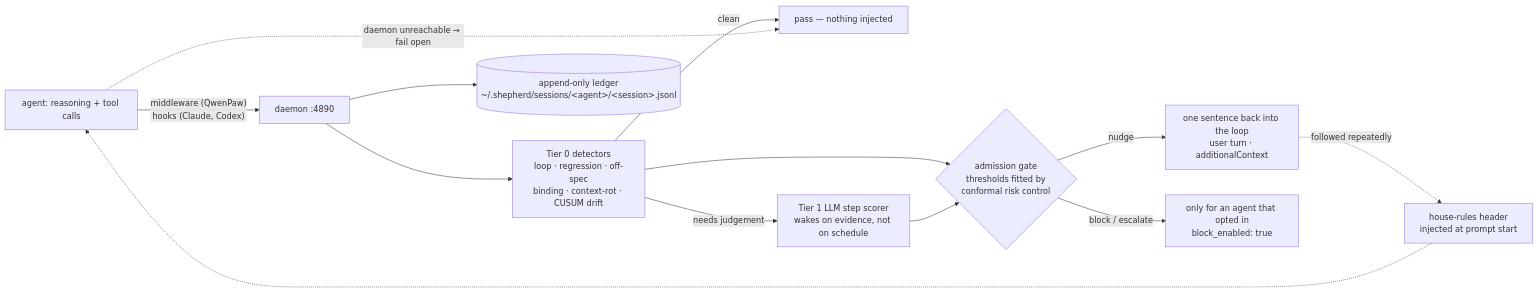
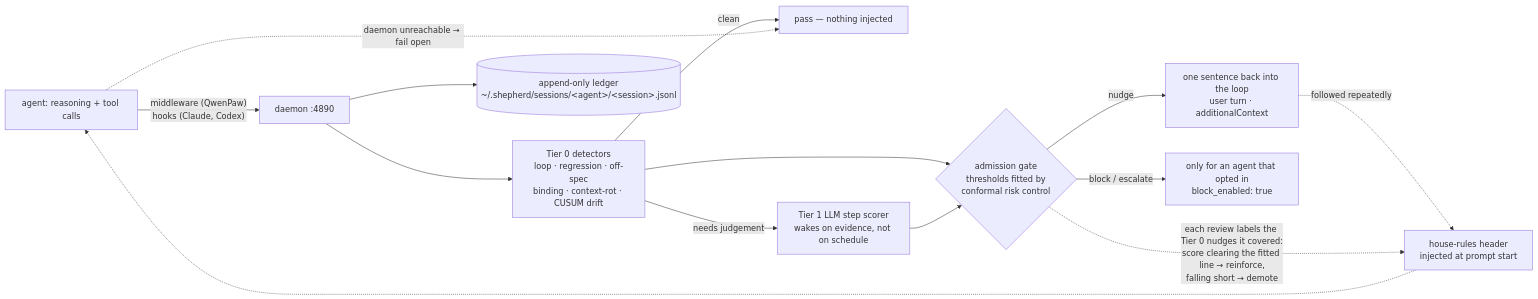
Before and after one commit to CallMeHFK/agent-shepherd: the diagram in README.md, drawn with Mermaid. The commit also changed other lines of this file and 6 other files, not shown here.

````diff
--- a/README.md
+++ b/README.md
@@ -61,15 +66,16 @@
 ```mermaid
 flowchart LR
     A["agent: reasoning + tool calls"] -->|"middleware (QwenPaw)<br/>hooks (Claude, Codex)"| B["daemon :4890"]
     B --> C["Tier 0 detectors<br/>loop · regression · off-spec<br/>binding · context-rot · CUSUM drift"]
     C -->|clean| Z["pass — nothing injected"]
     C -->|needs judgement| D["Tier 1 LLM step scorer<br/>wakes on evidence, not on schedule"]
     C --> E{"admission gate<br/>thresholds fitted by<br/>conformal risk control"}
     D --> E
     E -->|nudge| F["one sentence back into the loop<br/>user turn · additionalContext"]
     E -->|"block / escalate"| G["only for an agent that opted in<br/>block_enabled: true"]
     B --> H[("append-only ledger<br/>~/.shepherd/sessions/&lt;agent&gt;/&lt;session&gt;.jsonl")]
     F -.->|"followed repeatedly"| I["house-rules header<br/>injected at prompt start"]
+    E -.->|"each review labels the Tier 0 nudges it covered:<br/>score clearing the fitted line → reinforce,<br/>falling short → demote"| I
     I -.-> A
     A -.->|"daemon unreachable → fail open"| Z
 ```
````
